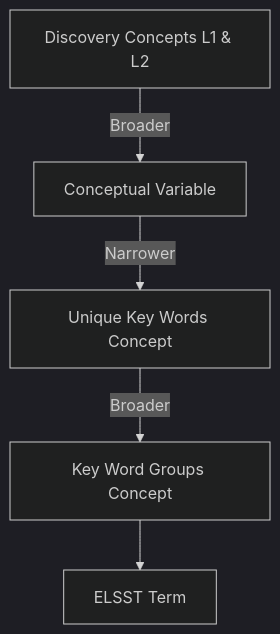
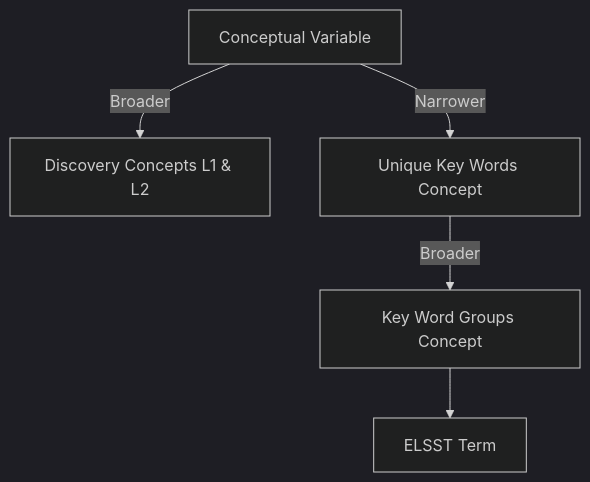
Before and after one commit to CLOSER-Cohorts/closer-vocabulary-2026: the third of 4 diagrams in README.md, drawn with Mermaid (dark theme).

Commit message:
Fix flowchart direction in README.md

````diff
--- a/README.md
+++ b/README.md
@@ -86,10 +86,9 @@
 ``` mermaid
 
 flowchart TD
-
- Concepts[Discovery Concepts L1 & L2] -- "Broader" --> CV[Conceptual Variable]  
+ CV[Conceptual Variable]  -- "Broader" --> Concepts[Discovery Concepts L1 & L2] 
  CV -- "Narrower" --> KWP[Unique Key Words Concept]
  KWP -- "Broader" --> KWPG[Key Word Groups Concept]
  KWPG --> ELSST[ELSST Term]
 
 ```
````
